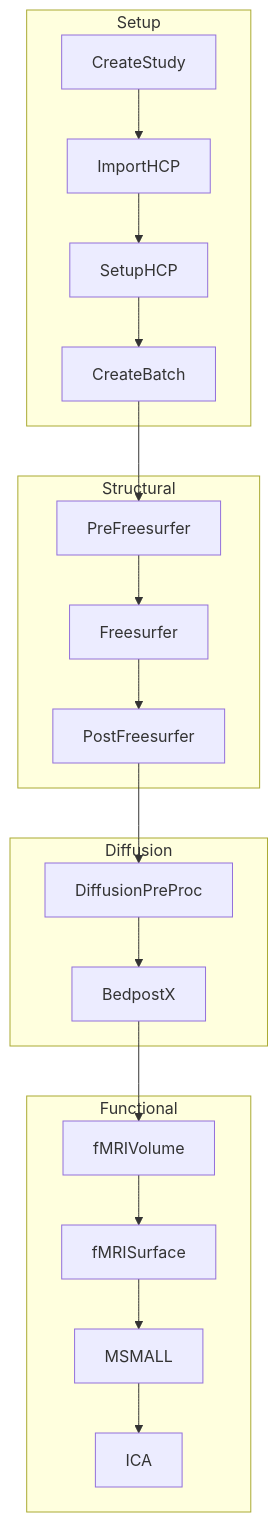
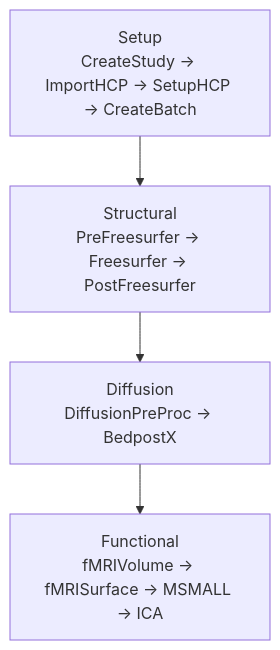
One commit to SPMIC-UoN/QuNex_Processing_Pipeline changed the diagram in README.md. Above: the diagram before and after it, drawn with Mermaid.

````diff
--- a/README.md
+++ b/README.md
@@ -44,28 +44,9 @@
 ```mermaid
 flowchart TD
+Setup["Setup<br/>CreateStudy → ImportHCP → SetupHCP → CreateBatch"]
+Structural["Structural<br/>PreFreesurfer → Freesurfer → PostFreesurfer"]
+Diffusion["Diffusion<br/>DiffusionPreProc → BedpostX"]
+Functional["Functional<br/>fMRIVolume → fMRISurface → MSMALL → ICA"]
 
-%% ---------- Setup ----------
-subgraph Setup
-A[CreateStudy] --> B[ImportHCP] --> C[SetupHCP] --> D[CreateBatch]
-end
-
-%% ---------- Structural ----------
-subgraph Structural
-E[PreFreesurfer] --> F[Freesurfer] --> G[PostFreesurfer]
-end
-
-%% ---------- Diffusion ----------
-subgraph Diffusion
-H[DiffusionPreProc] --> I[BedpostX]
-end
-
-%% ---------- Functional ----------
-subgraph Functional
-J[fMRIVolume] --> K[fMRISurface] --> L[MSMALL] --> M[ICA]
-end
-
-%% ---------- Stage connections ----------
-D --> E
-G --> H
-I --> J
+Setup --> Structural --> Diffusion --> Functional
 ```
````
